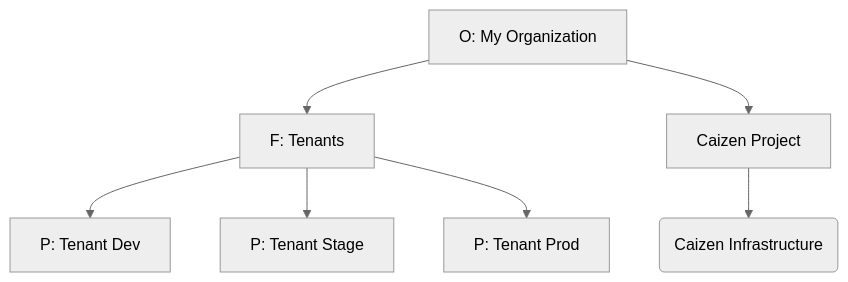
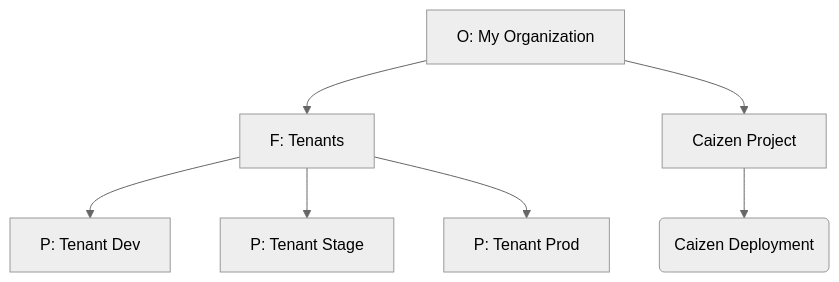
Before and after one commit to caizencloud/caizen: the diagram in docs/index.md, drawn with Mermaid (neutral theme).

Commit message:
test deploy

````diff
--- a/docs/index.md
+++ b/docs/index.md
@@ -5,9 +5,9 @@
-``` mermaid
+```mermaid
 graph TD
   A[O: My Organization] --> B[F: Tenants]
   A --> Z[Caizen Project]
-  Z --> Dep(Caizen Infrastructure)
+  Z --> Dep(Caizen Deployment)
   B --> G[P: Tenant Dev]
   B --> H[P: Tenant Stage]
   B --> I[P: Tenant Prod]
 ```
````
